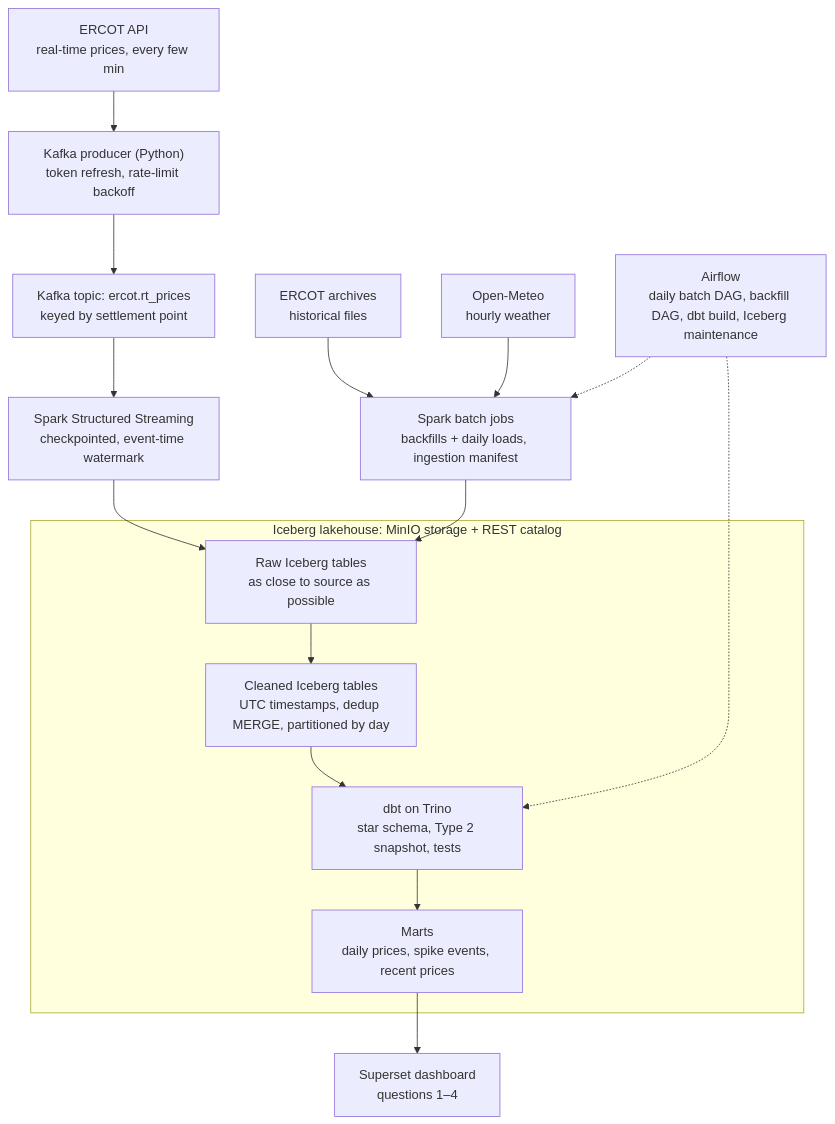
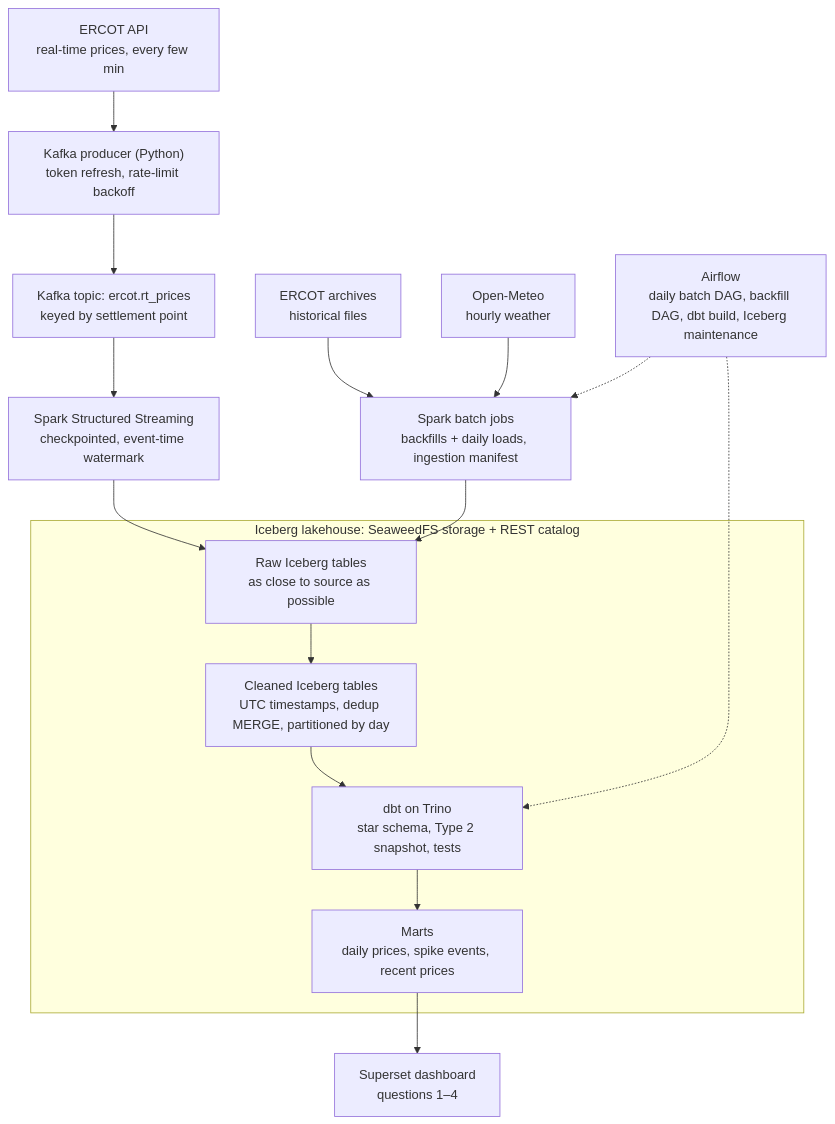
One commit to reidroberts24/ercot-grid-pipeline changed the diagram in docs/ercot-portfolio-project.md. Above: the diagram before and after it, drawn with Mermaid. The commit also changed other lines of this file and 6 other files, not shown here.

Commit message:
docs: replace MinIO with SeaweedFS in spec, CLAUDE.md, and config

````diff
--- a/docs/ercot-portfolio-project.md
+++ b/docs/ercot-portfolio-project.md
@@ -27,19 +27,19 @@
 ```mermaid
 flowchart TD
     API["ERCOT API<br/>real-time prices, every few min"] --> PROD
     PROD["Kafka producer (Python)<br/>token refresh, rate-limit backoff"] --> KAFKA
     KAFKA["Kafka topic: ercot.rt_prices<br/>keyed by settlement point"] --> SSS
     SSS["Spark Structured Streaming<br/>checkpointed, event-time watermark"] --> RAW
     ARC["ERCOT archives<br/>historical files"] --> BATCH
     WX["Open-Meteo<br/>hourly weather"] --> BATCH
     BATCH["Spark batch jobs<br/>backfills + daily loads, ingestion manifest"] --> RAW
-    subgraph LAKE["Iceberg lakehouse: MinIO storage + REST catalog"]
+    subgraph LAKE["Iceberg lakehouse: SeaweedFS storage + REST catalog"]
         RAW["Raw Iceberg tables<br/>as close to source as possible"] --> CLEAN
         CLEAN["Cleaned Iceberg tables<br/>UTC timestamps, dedup MERGE, partitioned by day"] --> DBT
         DBT["dbt on Trino<br/>star schema, Type 2 snapshot, tests"] --> MART
         MART["Marts<br/>daily prices, spike events, recent prices"]
     end
     MART --> DASH["Superset dashboard<br/>questions 1–4"]
     AF["Airflow<br/>daily batch DAG, backfill DAG, dbt build, Iceberg maintenance"] -.-> BATCH
     AF -.-> DBT
 ```
````
